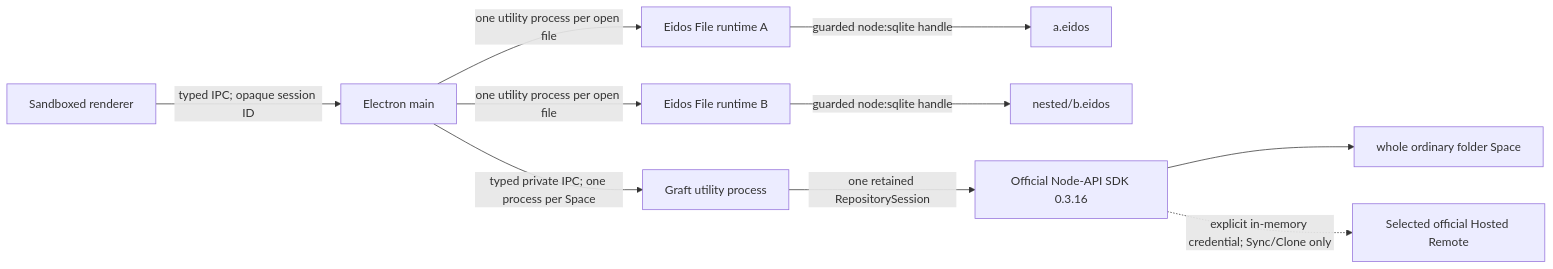
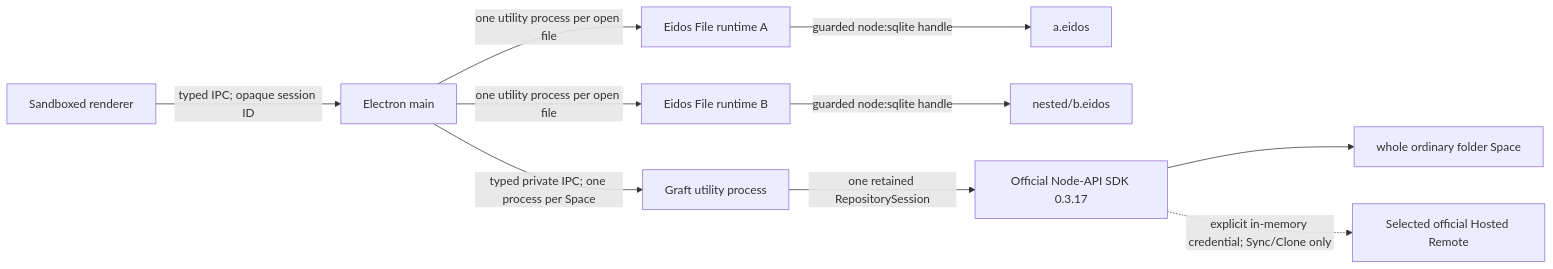
The first of 3 diagrams in apps/eidos-lite-desktop/docs/ARCHITECTURE.md (mayneyao/eidos), drawn with Mermaid before and after one commit. The commit also changed other lines of this file and 12 other files, not shown here.

````diff
--- a/apps/eidos-lite-desktop/docs/ARCHITECTURE.md
+++ b/apps/eidos-lite-desktop/docs/ARCHITECTURE.md
@@ -58,12 +58,12 @@
 ```mermaid
 flowchart LR
   R["Sandboxed renderer"] -->|"typed IPC; opaque session ID"| M["Electron main"]
   M -->|"one utility process per open file"| F1["Eidos File runtime A"]
   M -->|"one utility process per open file"| F2["Eidos File runtime B"]
   F1 -->|"guarded node:sqlite handle"| E1["a.eidos"]
   F2 -->|"guarded node:sqlite handle"| E2["nested/b.eidos"]
   M -->|"typed private IPC; one process per Space"| G["Graft utility process"]
-  G -->|"one retained RepositorySession"| N["Official Node-API SDK 0.3.16"]
+  G -->|"one retained RepositorySession"| N["Official Node-API SDK 0.3.17"]
   N --> S["whole ordinary folder Space"]
   N -. "explicit in-memory credential; Sync/Clone only" .-> H["Selected official Hosted Remote"]
 ```
````
